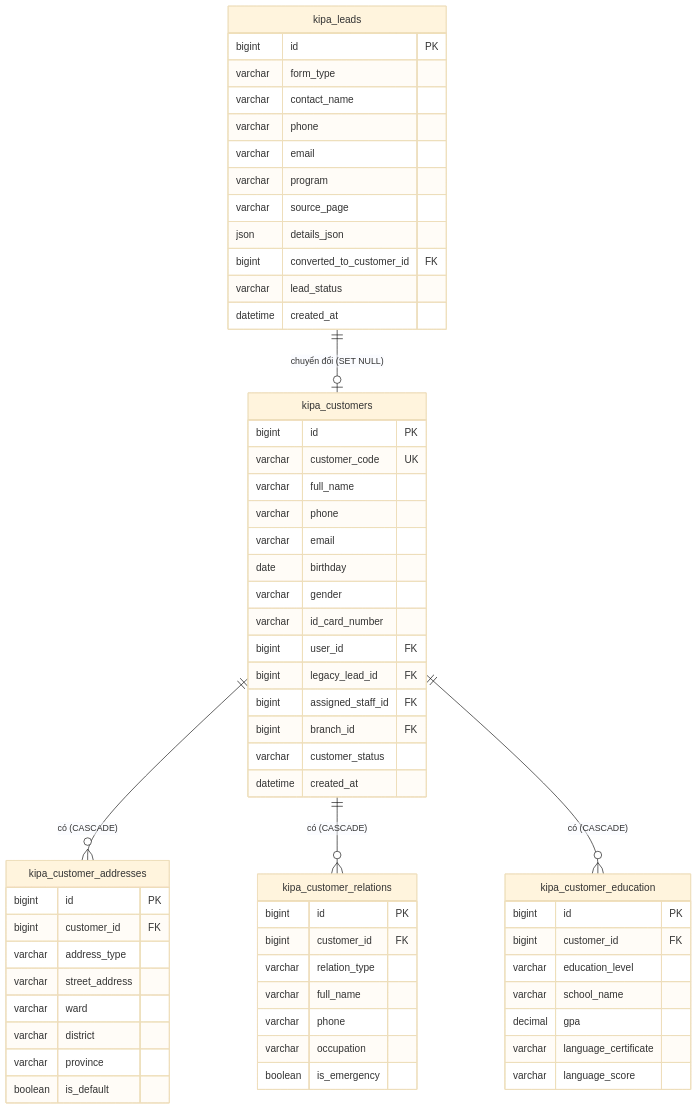
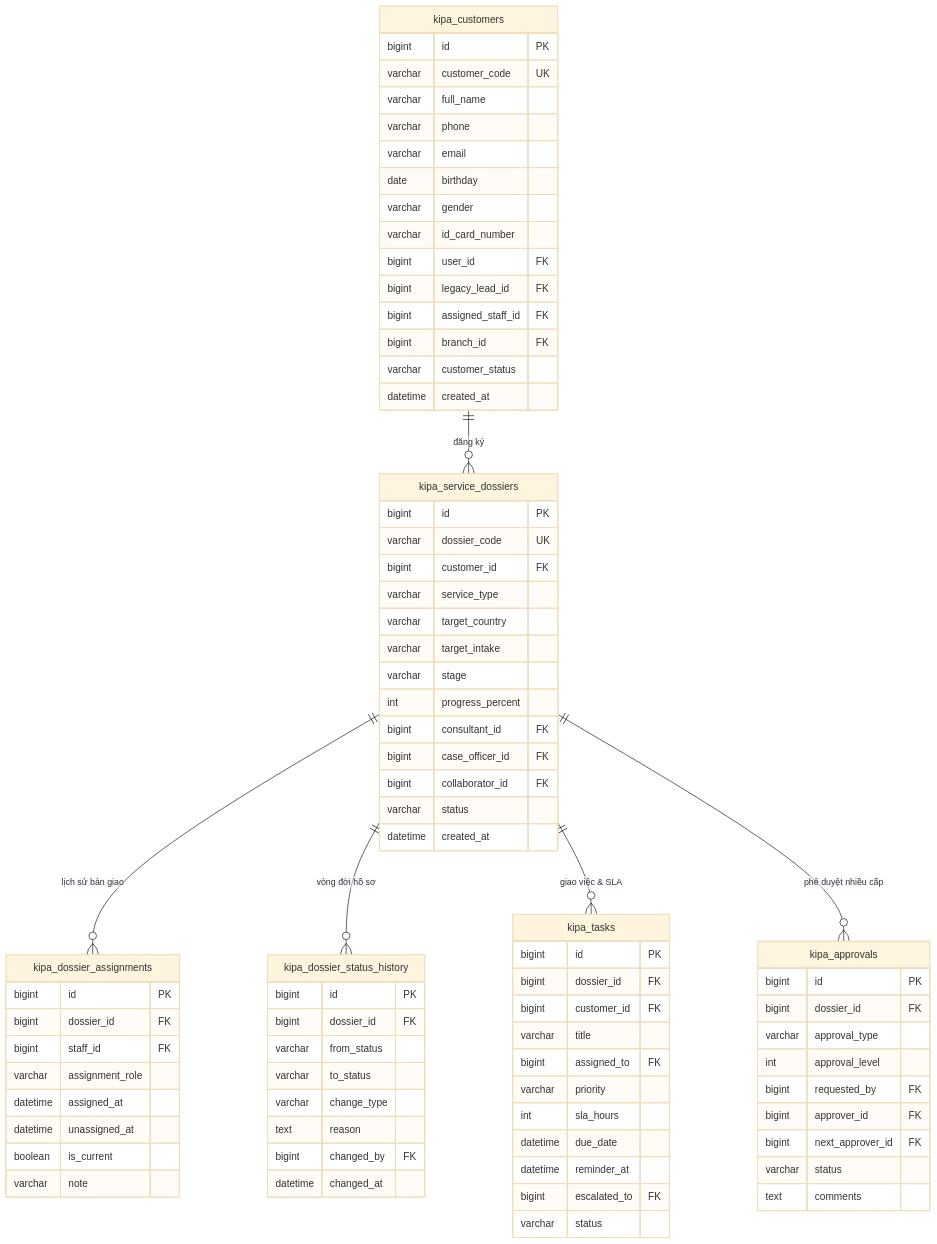
One commit to sugar4120/Web-KIPA changed the third of 4 diagrams in DATABASE_RELATIONSHIP_MAP.md. Above: the diagram before and after it, drawn with Mermaid (base theme). The commit also changed other lines of this file and 10 other files, not shown here.

````diff
--- a/DATABASE_RELATIONSHIP_MAP.md
+++ b/DATABASE_RELATIONSHIP_MAP.md
@@ -65,19 +171,5 @@
 ```mermaid
 erDiagram
-    kipa_leads {
-        bigint id PK
-        varchar form_type
-        varchar contact_name
-        varchar phone
-        varchar email
-        varchar program
-        varchar source_page
-        json details_json
-        bigint converted_to_customer_id FK
-        varchar lead_status
-        datetime created_at
-    }
-
     kipa_customers {
         bigint id PK
         varchar customer_code UK
@@ -95,39 +187,73 @@
         datetime created_at
     }
 
-    kipa_customer_addresses {
+    kipa_service_dossiers {
         bigint id PK
+        varchar dossier_code UK
         bigint customer_id FK
-        varchar address_type
-        varchar street_address
-        varchar ward
-        varchar district
-        varchar province
-        boolean is_default
+        varchar service_type
+        varchar target_country
+        varchar target_intake
+        varchar stage
+        int progress_percent
+        bigint consultant_id FK
+        bigint case_officer_id FK
+        bigint collaborator_id FK
+        varchar status
+        datetime created_at
     }
 
-    kipa_customer_relations {
+    kipa_dossier_assignments {
         bigint id PK
-        bigint customer_id FK
-        varchar relation_type
-        varchar full_name
-        varchar phone
-        varchar occupation
-        boolean is_emergency
+        bigint dossier_id FK
+        bigint staff_id FK
+        varchar assignment_role
+        datetime assigned_at
+        datetime unassigned_at
+        boolean is_current
+        varchar note
     }
 
-    kipa_customer_education {
+    kipa_dossier_status_history {
         bigint id PK
-        bigint customer_id FK
-        varchar education_level
-        varchar school_name
-        decimal gpa
-        varchar language_certificate
-        varchar language_score
+        bigint dossier_id FK
+        varchar from_status
+        varchar to_status
+        varchar change_type
+        text reason
+        bigint changed_by FK
+        datetime changed_at
     }
 
-    kipa_leads ||--o| kipa_customers : "chuyển đổi (SET NULL)"
-    kipa_customers ||--o{ kipa_customer_addresses : "có (CASCADE)"
-    kipa_customers ||--o{ kipa_customer_relations : "có (CASCADE)"
-    kipa_customers ||--o{ kipa_customer_education : "có (CASCADE)"
+    kipa_tasks {
+        bigint id PK
+        bigint dossier_id FK
+        bigint customer_id FK
+        varchar title
+        bigint assigned_to FK
+        varchar priority
+        int sla_hours
+        datetime due_date
+        datetime reminder_at
+        bigint escalated_to FK
+        varchar status
+    }
+
+    kipa_approvals {
+        bigint id PK
+        bigint dossier_id FK
+        varchar approval_type
+        int approval_level
+        bigint requested_by FK
+        bigint approver_id FK
+        bigint next_approver_id FK
+        varchar status
+        text comments
+    }
+
+    kipa_customers ||--o{ kipa_service_dossiers : "đăng ký"
+    kipa_service_dossiers ||--o{ kipa_dossier_assignments : "lịch sử bàn giao"
+    kipa_service_dossiers ||--o{ kipa_dossier_status_history : "vòng đời hồ sơ"
+    kipa_service_dossiers ||--o{ kipa_tasks : "giao việc & SLA"
+    kipa_service_dossiers ||--o{ kipa_approvals : "phê duyệt nhiều cấp"
 ```
````
